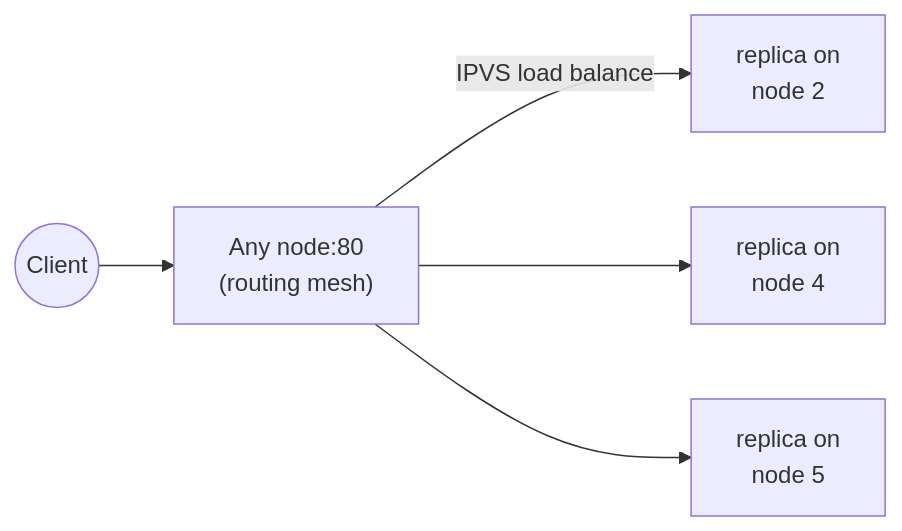
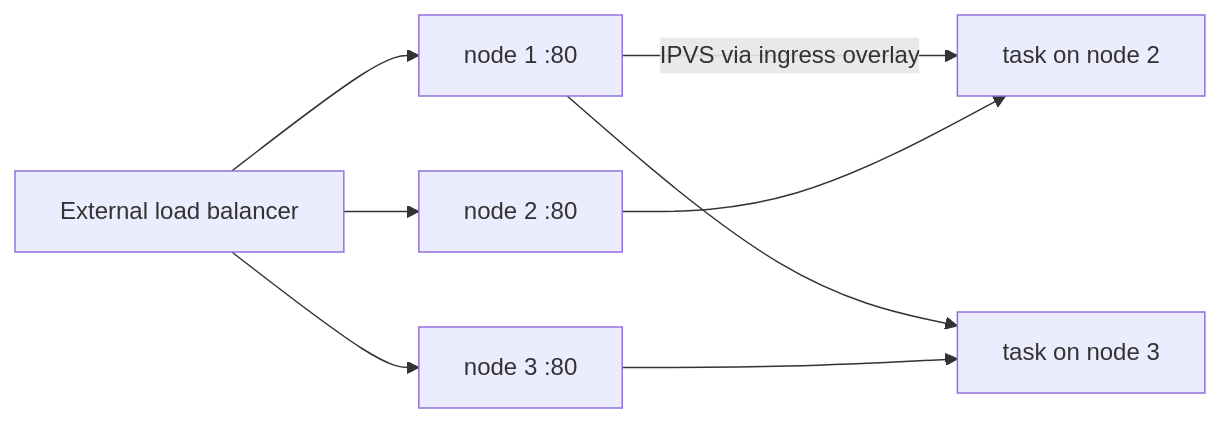
Before and after one commit to AndrewAltimit/Documentation: the third of 5 diagrams in github-pages/docs/technology/docker/advanced.md, drawn with Mermaid. The commit also changed other lines of this file and 240 other files, not shown here.

````diff
--- a/github-pages/docs/technology/docker/advanced.md
+++ b/github-pages/docs/technology/docker/advanced.md
@@ -210,7 +261,10 @@
 ```mermaid
 flowchart LR
-    Client((Client)) --> AnyNode["Any node:80<br/>(routing mesh)"]
-    AnyNode -->|IPVS load balance| R1["replica on<br/>node 2"]
-    AnyNode --> R2["replica on<br/>node 4"]
-    AnyNode --> R3["replica on<br/>node 5"]
+    LB["External load balancer"] --> N1["node 1 :80"]
+    LB --> N2["node 2 :80"]
+    LB --> N3["node 3 :80"]
+    N1 -->|IPVS via ingress overlay| T1["task on node 2"]
+    N1 --> T2["task on node 3"]
+    N2 --> T1
+    N3 --> T2
 ```
````
